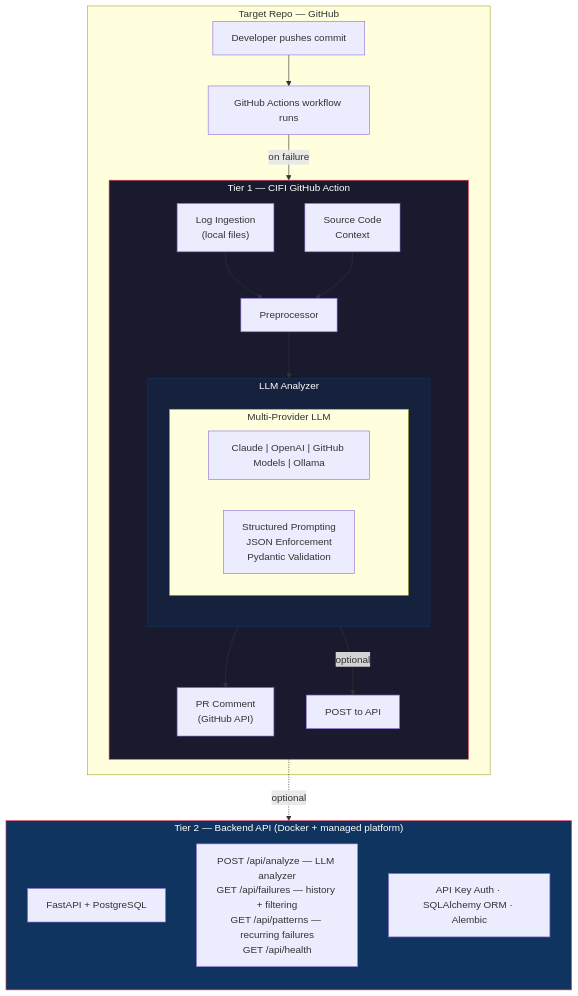
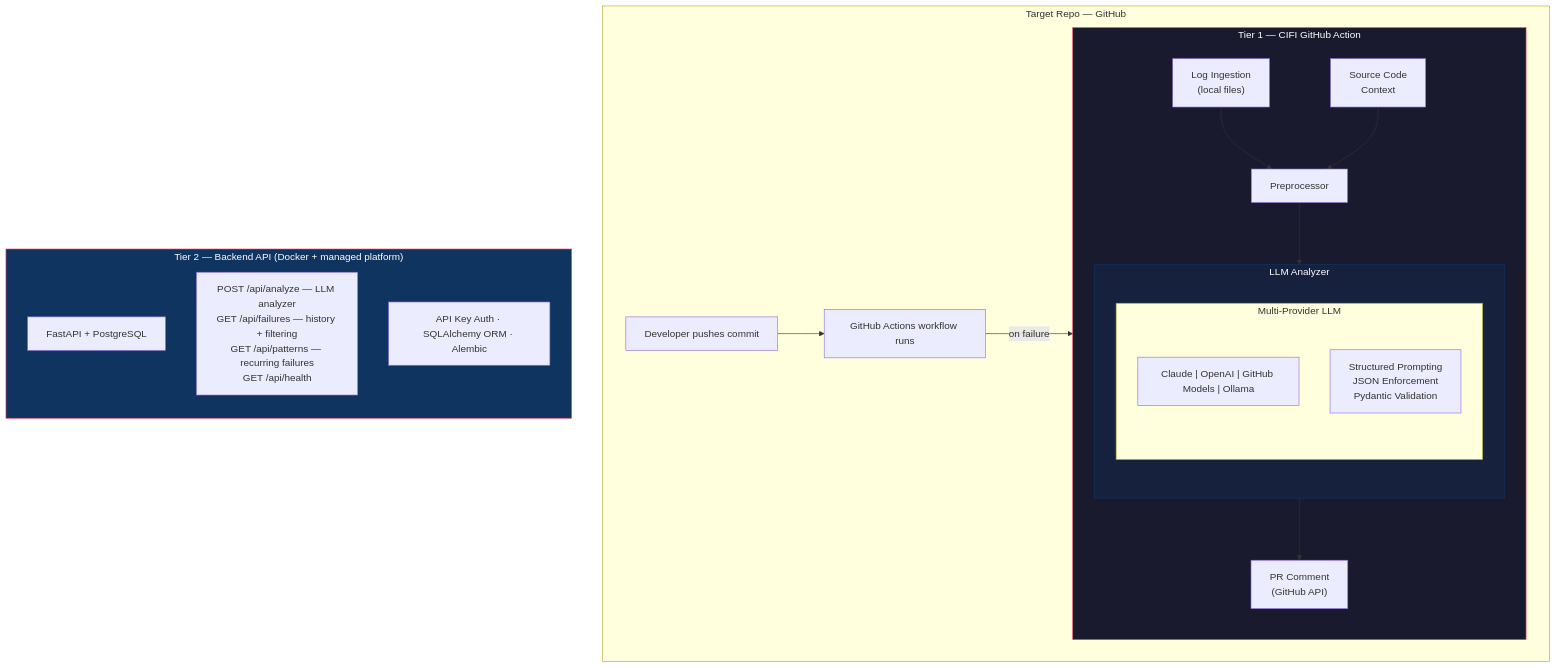
The first of 5 diagrams in docs/HLD.md (alihaidar2950/cifi), drawn with Mermaid before and after one commit. The commit also changed other lines of this file and 11 other files, not shown here.

````diff
--- a/docs/HLD.md
+++ b/docs/HLD.md
@@ -16,38 +16,36 @@
 ```mermaid
 flowchart TB
     subgraph repo["Target Repo — GitHub"]
         push["Developer pushes commit"] --> ci["GitHub Actions workflow runs"]
         ci -->|on failure| action
 
         subgraph action["Tier 1 — CIFI GitHub Action"]
             direction TB
             ingest["Log Ingestion\n(local files)"] --> preprocess["Preprocessor"]
             source["Source Code\nContext"] --> preprocess
             preprocess --> analyzer
 
             subgraph analyzer["LLM Analyzer"]
                 direction TB
                 subgraph llm_stage["Multi-Provider LLM"]
                     providers["Claude | OpenAI | GitHub Models | Ollama"]
                     validation["Structured Prompting\nJSON Enforcement\nPydantic Validation"]
                 end
             end
 
             analyzer --> comment["PR Comment\n(GitHub API)"]
-            analyzer -->|optional| api_post["POST to API"]
         end
     end
 
-    api_post -.->|optional| tier2
 
     subgraph tier2["Tier 2 — Backend API (Docker + managed platform)"]
         direction TB
         fastapi["FastAPI + PostgreSQL"]
         endpoints["POST /api/analyze — LLM analyzer\nGET /api/failures — history + filtering\nGET /api/patterns — recurring failures\nGET /api/health"]
         infra["API Key Auth · SQLAlchemy ORM · Alembic"]
     end
 
     style action fill:#1a1a2e,stroke:#e94560,color:#fff
     style analyzer fill:#16213e,stroke:#0f3460,color:#fff
     style tier2 fill:#0f3460,stroke:#e94560,color:#fff
 ```
````
